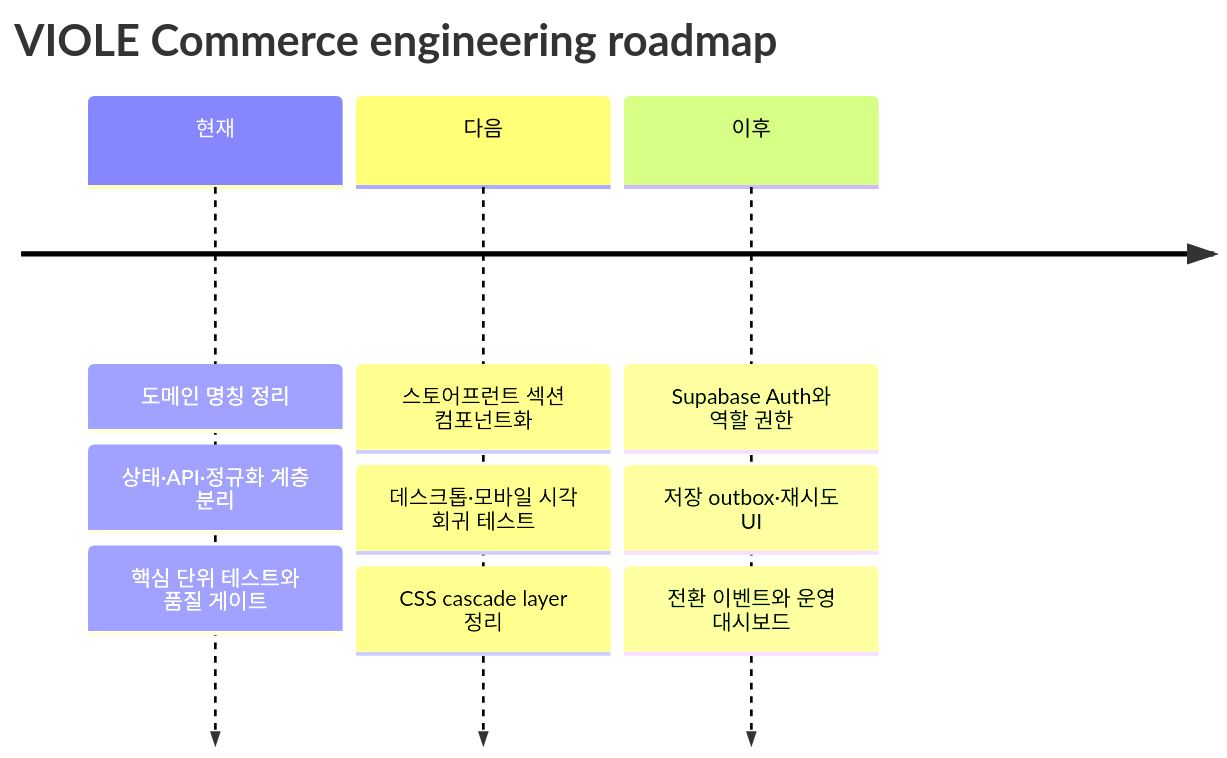
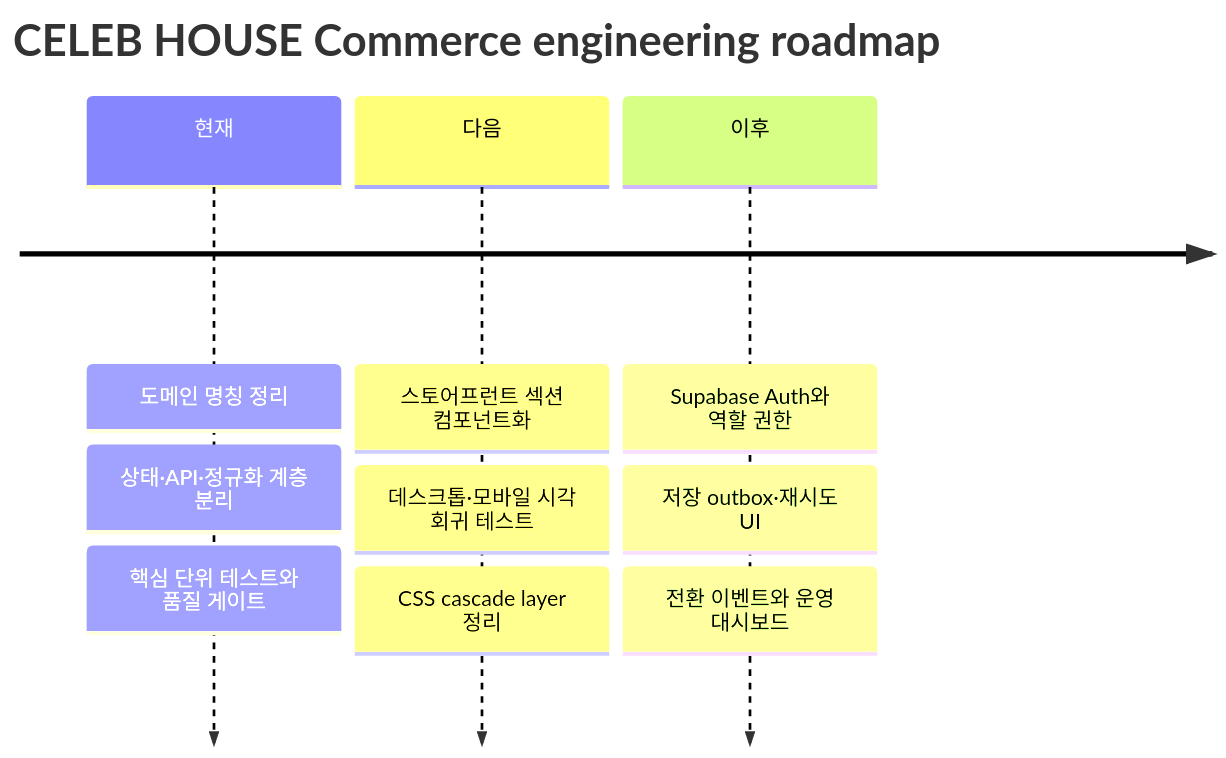
Before and after one commit to hwangsanghan0519/blog: diagram 14 of 14 in README.md, drawn with Mermaid. The commit also changed other lines of this file and 32 other files, not shown here.

````diff
--- a/README.md
+++ b/README.md
@@ -543,13 +543,13 @@
 ```mermaid
 timeline
-  title VIOLE Commerce engineering roadmap
+  title CELEB HOUSE Commerce engineering roadmap
   현재 : 도메인 명칭 정리
        : 상태·API·정규화 계층 분리
        : 핵심 단위 테스트와 품질 게이트
   다음 : 스토어프런트 섹션 컴포넌트화
        : 데스크톱·모바일 시각 회귀 테스트
        : CSS cascade layer 정리
   이후 : Supabase Auth와 역할 권한
        : 저장 outbox·재시도 UI
        : 전환 이벤트와 운영 대시보드
 ```
````
